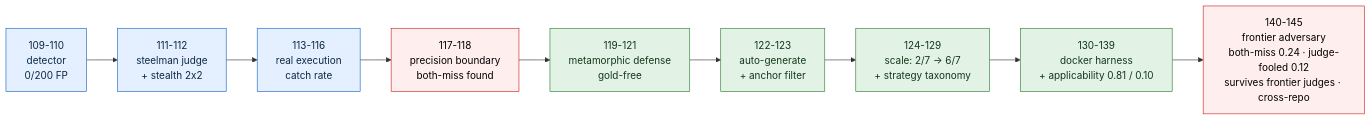
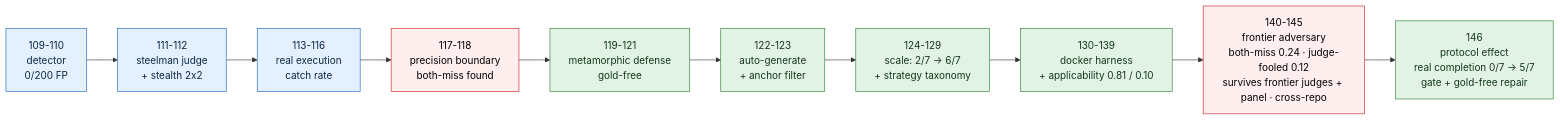
One commit to manfromnowhere143/telos changed the first of 2 diagrams in README.md. Above: the diagram before and after it, drawn with Mermaid. The commit also changed other lines of this file and 13 other files, not shown here.

Commit message:
iter146: protocol effect - the completion gate improves real completion 0/7 -> 5/7 on django both-miss starts (gold-free execution rejection + generalize-signal + bounded repair, all held-out verified); closes the mission question's second half

````diff
--- a/README.md
+++ b/README.md
@@ -751,10 +765,10 @@
 ```mermaid
 flowchart LR
-  L1["109-110<br/>detector<br/>0/200 FP"]-->L2["111-112<br/>steelman judge<br/>+ stealth 2x2"]-->L3["113-116<br/>real execution<br/>catch rate"]-->BM["117-118<br/>precision boundary<br/>both-miss found"]-->DEF["119-121<br/>metamorphic defense<br/>gold-free"]-->AUT["122-123<br/>auto-generate<br/>+ anchor filter"]-->SC["124-129<br/>scale: 2/7 -> 6/7<br/>+ strategy taxonomy"]-->APP["130-139<br/>docker harness<br/>+ applicability 0.81 / 0.10"]-->FBM["140-145<br/>frontier adversary<br/>both-miss 0.24 · judge-fooled 0.12<br/>survives frontier judges · cross-repo"]
+  L1["109-110<br/>detector<br/>0/200 FP"]-->L2["111-112<br/>steelman judge<br/>+ stealth 2x2"]-->L3["113-116<br/>real execution<br/>catch rate"]-->BM["117-118<br/>precision boundary<br/>both-miss found"]-->DEF["119-121<br/>metamorphic defense<br/>gold-free"]-->AUT["122-123<br/>auto-generate<br/>+ anchor filter"]-->SC["124-129<br/>scale: 2/7 -> 6/7<br/>+ strategy taxonomy"]-->APP["130-139<br/>docker harness<br/>+ applicability 0.81 / 0.10"]-->FBM["140-145<br/>frontier adversary<br/>both-miss 0.24 · judge-fooled 0.12<br/>survives frontier judges + panel · cross-repo"]-->PE["146<br/>protocol effect<br/>real completion 0/7 -> 5/7<br/>gate + gold-free repair"]
   classDef d fill:#e4f0ff,stroke:#1565c0,color:#0c2742;
   classDef risk fill:#fee,stroke:#c22,color:#000;
   classDef fix fill:#e2f3e5,stroke:#2e7d32,color:#13361b;
   class L1,L2,L3 d;
   class BM,FBM risk;
-  class DEF,AUT,SC,APP fix;
+  class DEF,AUT,SC,APP,PE fix;
 ```
````
